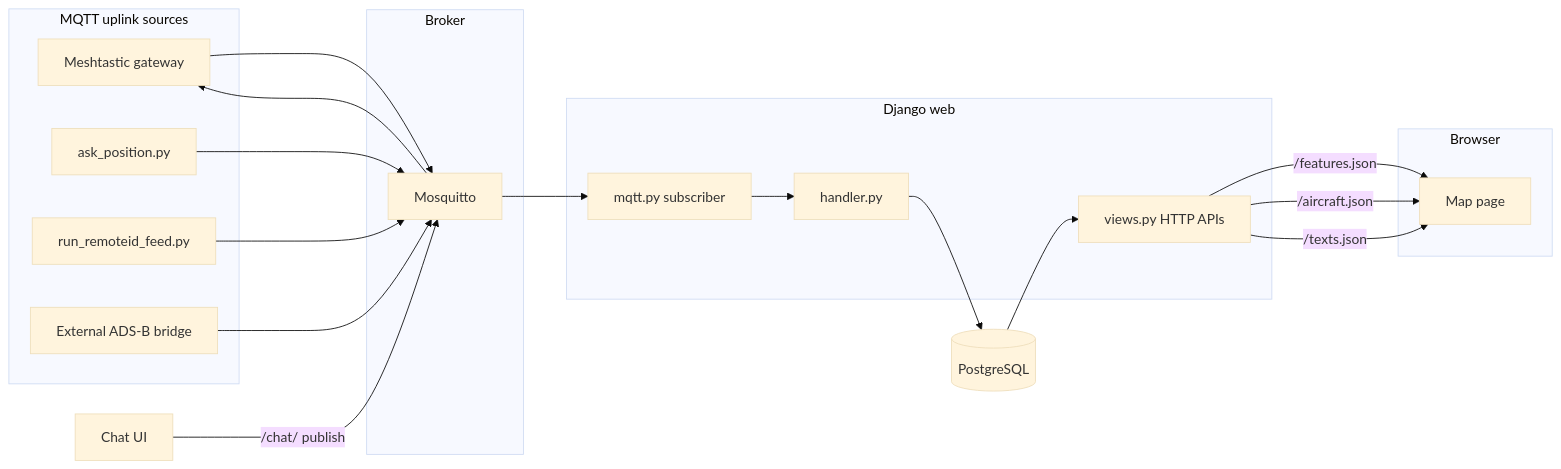
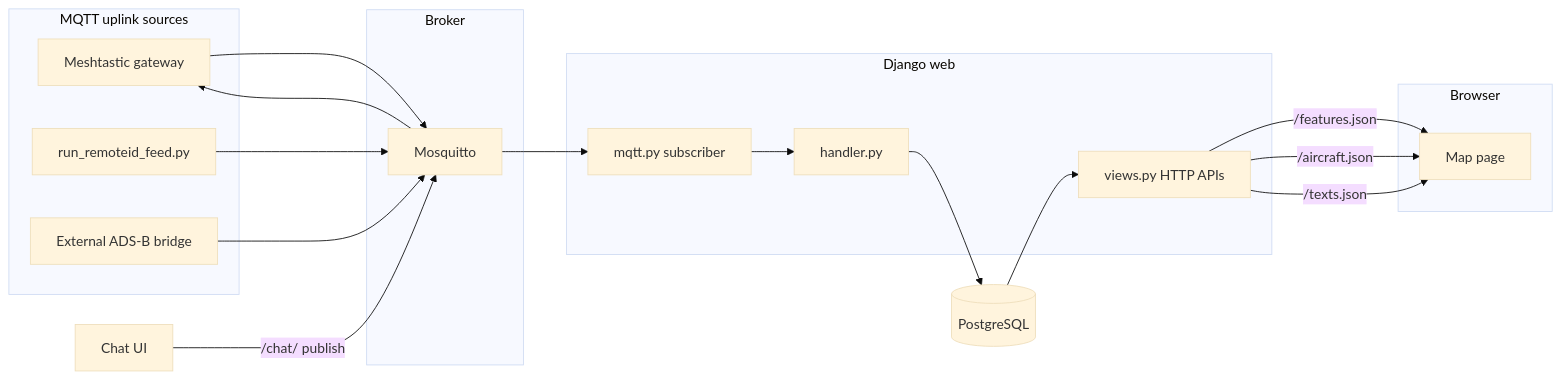
Before and after one commit to bmidgley/mars-evalink: the fifth of 5 diagrams in docs/flows.md, drawn with Mermaid (base theme). The commit also changed other lines of this file and 5 other files, not shown here.

````diff
--- a/docs/flows.md
+++ b/docs/flows.md
@@ -299,37 +257,35 @@
 ```mermaid
 flowchart LR
     subgraph uplink [MQTT uplink sources]
         M[Meshtastic gateway]
-        AP[ask_position.py]
         RI[run_remoteid_feed.py]
         ADS[External ADS-B bridge]
     end
 
     subgraph broker [Broker]
         MQ[Mosquitto]
     end
 
     subgraph django [Django web]
         SUB[mqtt.py subscriber]
         H[handler.py]
         V[views.py HTTP APIs]
     end
 
     subgraph ui [Browser]
         MAP[Map page]
     end
 
     M --> MQ
-    AP --> MQ
     RI --> MQ
     ADS --> MQ
     MQ --> SUB --> H
     H --> DB[(PostgreSQL)]
     DB --> V
     V -->|/features.json| MAP
     V -->|/aircraft.json| MAP
     V -->|/texts.json| MAP
 
     CHAT[Chat UI] -->|/chat/ publish| MQ
     MQ --> M
 ```
````
